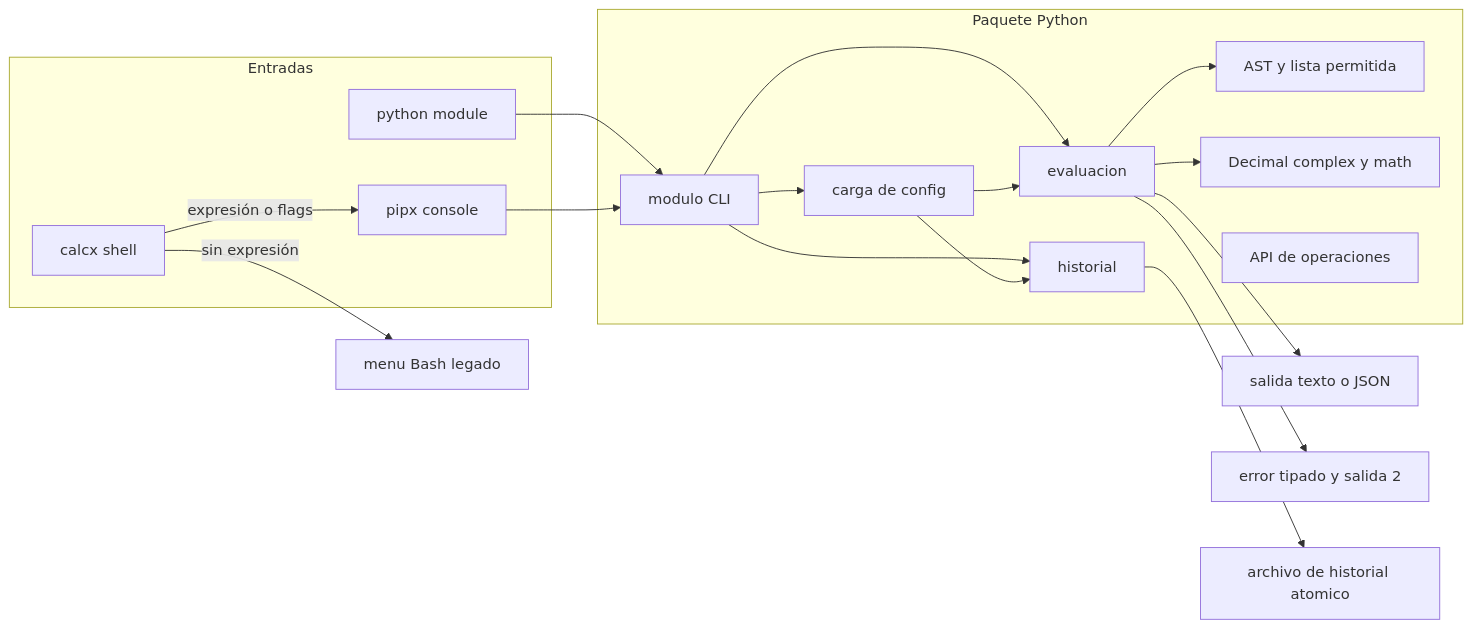
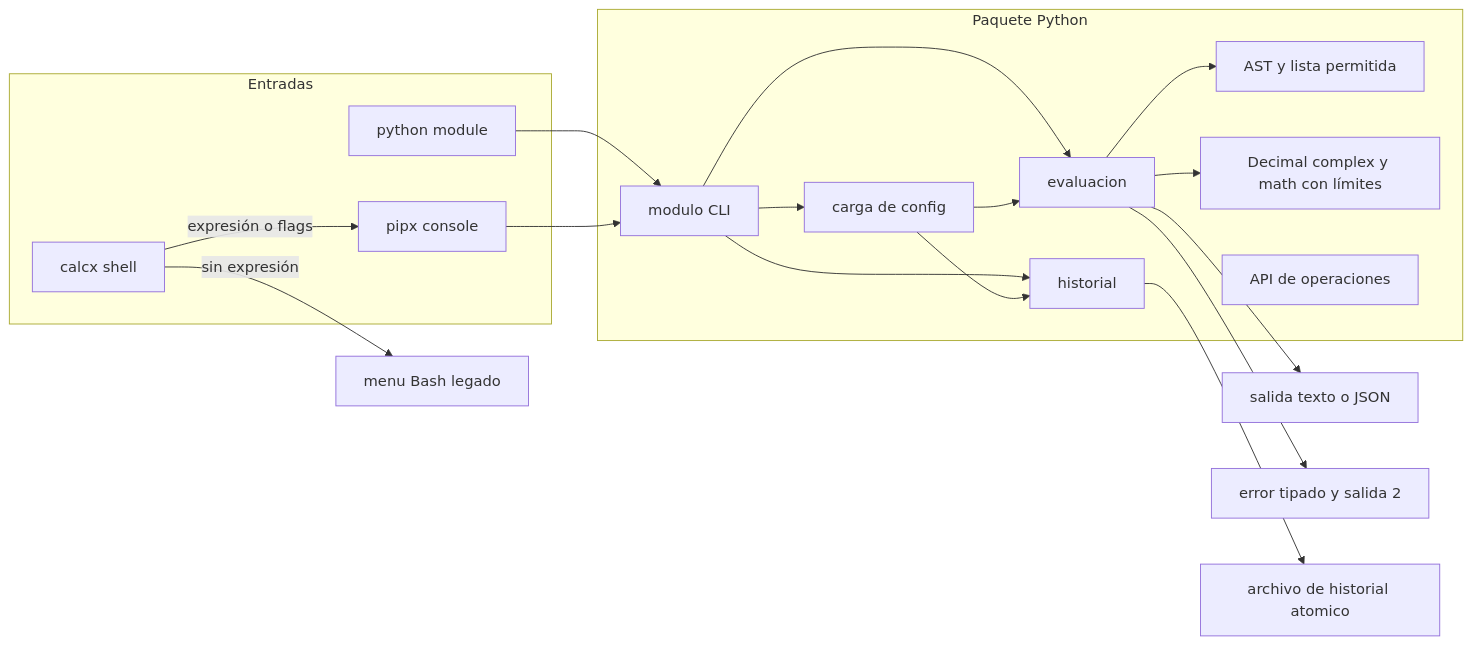
Before and after one commit to genesisgzdev/calcx-advanced: the first of 2 diagrams in docs/ARCHITECTURE.md, drawn with Mermaid. The commit also changed other lines of this file and 5 other files, not shown here.

```diff
--- a/docs/ARCHITECTURE.md
+++ b/docs/ARCHITECTURE.md
@@ -11,25 +11,25 @@
 ~~~mermaid
 flowchart LR
     subgraph ENTRY[Entradas]
       SH[calcx shell]
       PM[python module]
       PX[pipx console]
     end
     SH -->|sin expresión| MENU[menu Bash legado]
     SH -->|expresión o flags| PX
     PM --> CLI[modulo CLI]
     PX --> CLI
     subgraph PY[Paquete Python]
       CLI --> CFG[carga de config]
       CLI --> ENG[evaluacion]
       ENG --> AST[AST y lista permitida]
-      ENG --> NUM[Decimal complex y math]
+      ENG --> NUM[Decimal complex y math con límites]
       CLI --> HIST[historial]
       OPS[API de operaciones]
     end
     CFG --> ENG
     CFG --> HIST
     ENG --> OUT[salida texto o JSON]
     ENG --> ERR[error tipado y salida 2]
     HIST --> FILE[archivo de historial atomico]
 ~~~
```
